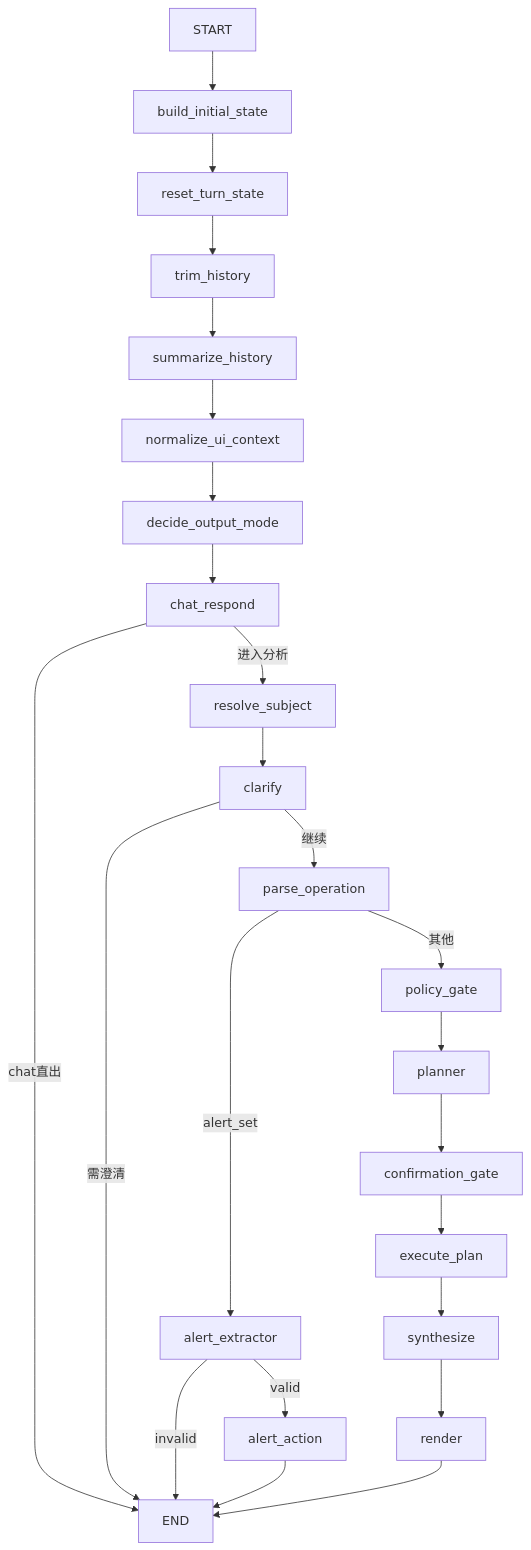
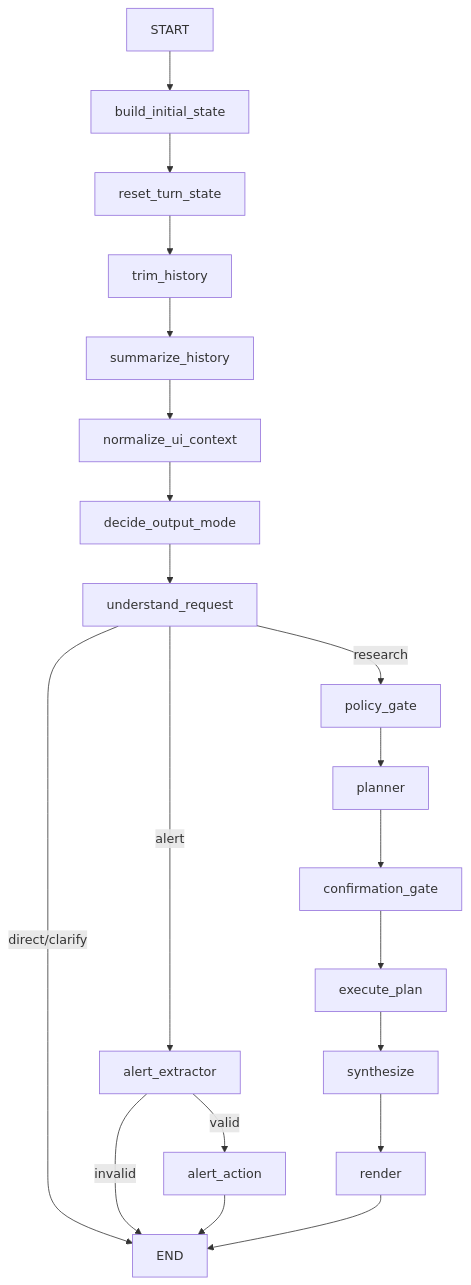
The second of 9 diagrams in docs/01_ARCHITECTURE.md (kkkano/FinSight), drawn with Mermaid before and after one commit. The commit also changed other lines of this file and 14 other files, not shown here.

````diff
--- a/docs/01_ARCHITECTURE.md
+++ b/docs/01_ARCHITECTURE.md
@@ -52,26 +52,22 @@
 ```mermaid
 flowchart TD
   START --> build_initial_state
   build_initial_state --> reset_turn_state
   reset_turn_state --> trim_history
   trim_history --> summarize_history
   summarize_history --> normalize_ui_context
   normalize_ui_context --> decide_output_mode
-  decide_output_mode --> chat_respond
-  chat_respond -->|chat直出| END
-  chat_respond -->|进入分析| resolve_subject
-  resolve_subject --> clarify
-  clarify -->|需澄清| END
-  clarify -->|继续| parse_operation
-  parse_operation -->|alert_set| alert_extractor
-  parse_operation -->|其他| policy_gate
+  decide_output_mode --> understand_request
+  understand_request -->|direct/clarify| END
+  understand_request -->|alert| alert_extractor
+  understand_request -->|research| policy_gate
   alert_extractor -->|valid| alert_action
   alert_extractor -->|invalid| END
   alert_action --> END
   policy_gate --> planner
   planner --> confirmation_gate
   confirmation_gate --> execute_plan
   execute_plan --> synthesize
   synthesize --> render
   render --> END
 ```
````
